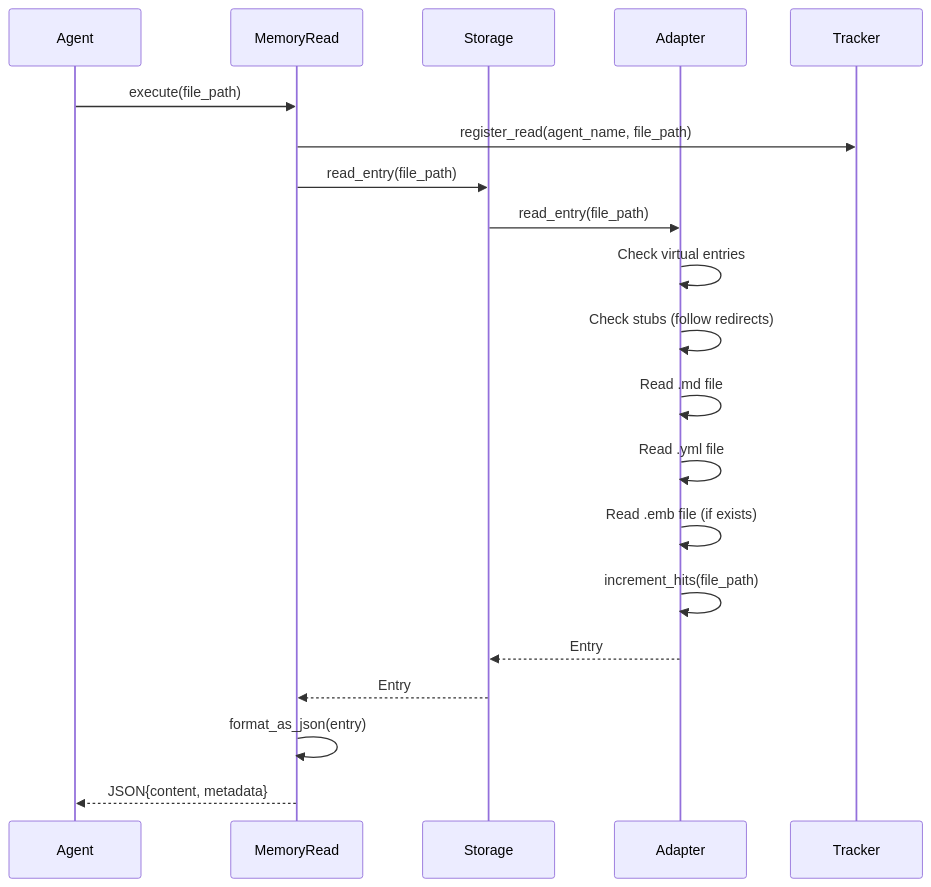
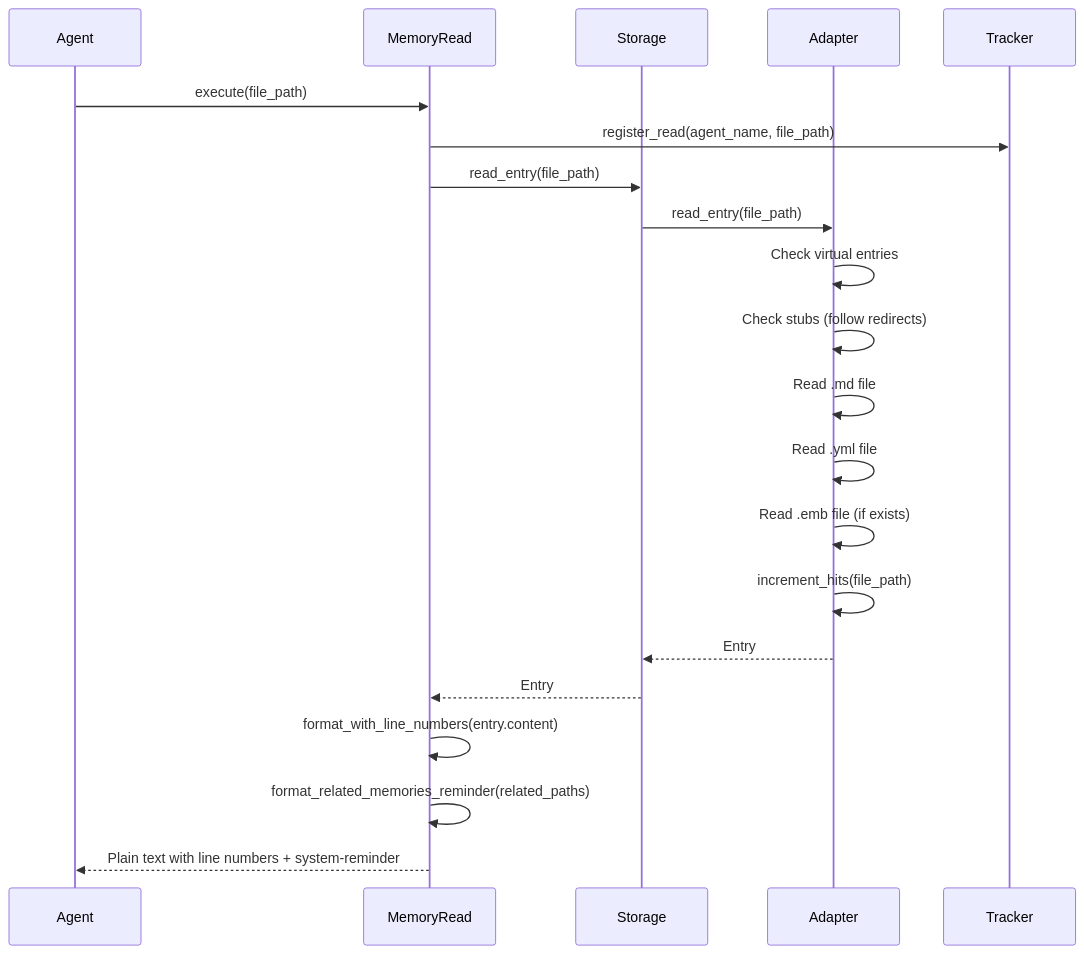
Before and after one commit to Pet3cy/claude-swarm: the eighth of 12 diagrams in docs/v2/reference/swarm_memory_technical_details.md, drawn with Mermaid. The commit also changed other lines of this file and 18 other files, not shown here.

First line of the commit message:
feat(swarm_memory): plain text output with titles for memory tools

````diff
--- a/docs/v2/reference/swarm_memory_technical_details.md
+++ b/docs/v2/reference/swarm_memory_technical_details.md
@@ -1658,23 +1711,24 @@
 ```mermaid
 sequenceDiagram
     participant Agent
     participant MemoryRead
     participant Storage
     participant Adapter
     participant Tracker
 
     Agent->>MemoryRead: execute(file_path)
     MemoryRead->>Tracker: register_read(agent_name, file_path)
     MemoryRead->>Storage: read_entry(file_path)
     Storage->>Adapter: read_entry(file_path)
     Adapter->>Adapter: Check virtual entries
     Adapter->>Adapter: Check stubs (follow redirects)
     Adapter->>Adapter: Read .md file
     Adapter->>Adapter: Read .yml file
     Adapter->>Adapter: Read .emb file (if exists)
     Adapter->>Adapter: increment_hits(file_path)
     Adapter-->>Storage: Entry
     Storage-->>MemoryRead: Entry
-    MemoryRead->>MemoryRead: format_as_json(entry)
-    MemoryRead-->>Agent: JSON{content, metadata}
+    MemoryRead->>MemoryRead: format_with_line_numbers(entry.content)
+    MemoryRead->>MemoryRead: format_related_memories_reminder(related_paths)
+    MemoryRead-->>Agent: Plain text with line numbers + system-reminder
 ```
````
